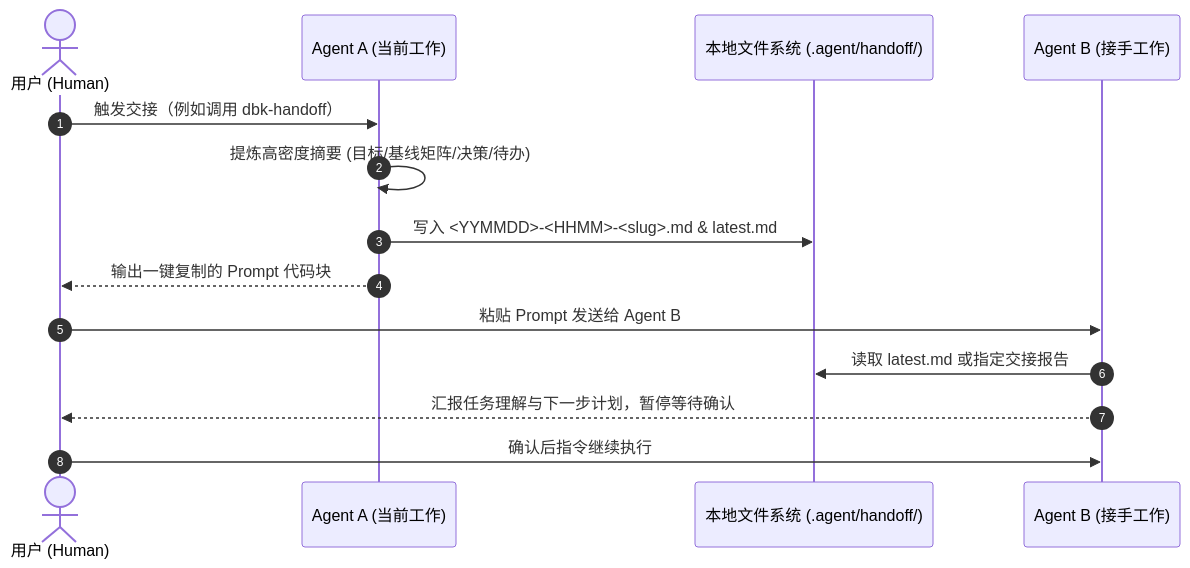
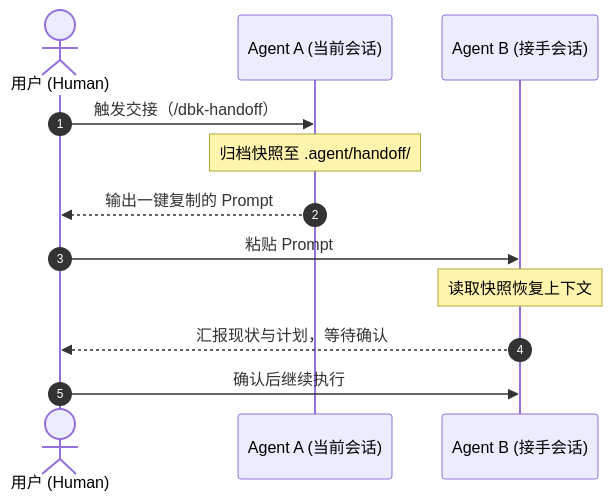
The diagram in README.md (DBinK/dbk-handoff), drawn with Mermaid before and after one commit. The commit also changed other lines of this file, not shown here.

Commit message:
docs: 优化 README 结构与快速上手路径，精简工作流时序图

````diff
--- a/README.md
+++ b/README.md
@@ -31,17 +18,15 @@
 ```mermaid
 sequenceDiagram
     autonumber
     actor User as 用户 (Human)
-    participant AgentA as Agent A (当前工作)
-    participant Disk as 本地文件系统 (.agent/handoff/)
-    participant AgentB as Agent B (接手工作)
+    participant AgentA as Agent A (当前会话)
+    participant AgentB as Agent B (接手会话)
 
-    User->>AgentA: 触发交接（例如调用 dbk-handoff）
-    AgentA->>AgentA: 提炼高密度摘要 (目标/基线矩阵/决策/待办)
-    AgentA->>Disk: 写入 <YYMMDD>-<HHMM>-<slug>.md & latest.md
-    AgentA-->>User: 输出一键复制的 Prompt 代码块
-    User->>AgentB: 粘贴 Prompt 发送给 Agent B
-    AgentB->>Disk: 读取 latest.md 或指定交接报告
-    AgentB-->>User: 汇报任务理解与下一步计划，暂停等待确认
-    User->>AgentB: 确认后指令继续执行
+    User->>AgentA: 触发交接（/dbk-handoff）
+    Note over AgentA: 归档快照至 .agent/handoff/
+    AgentA-->>User: 输出一键复制的 Prompt
+    User->>AgentB: 粘贴 Prompt
+    Note over AgentB: 读取快照恢复上下文
+    AgentB-->>User: 汇报现状与计划，等待确认
+    User->>AgentB: 确认后继续执行
 ```
````
